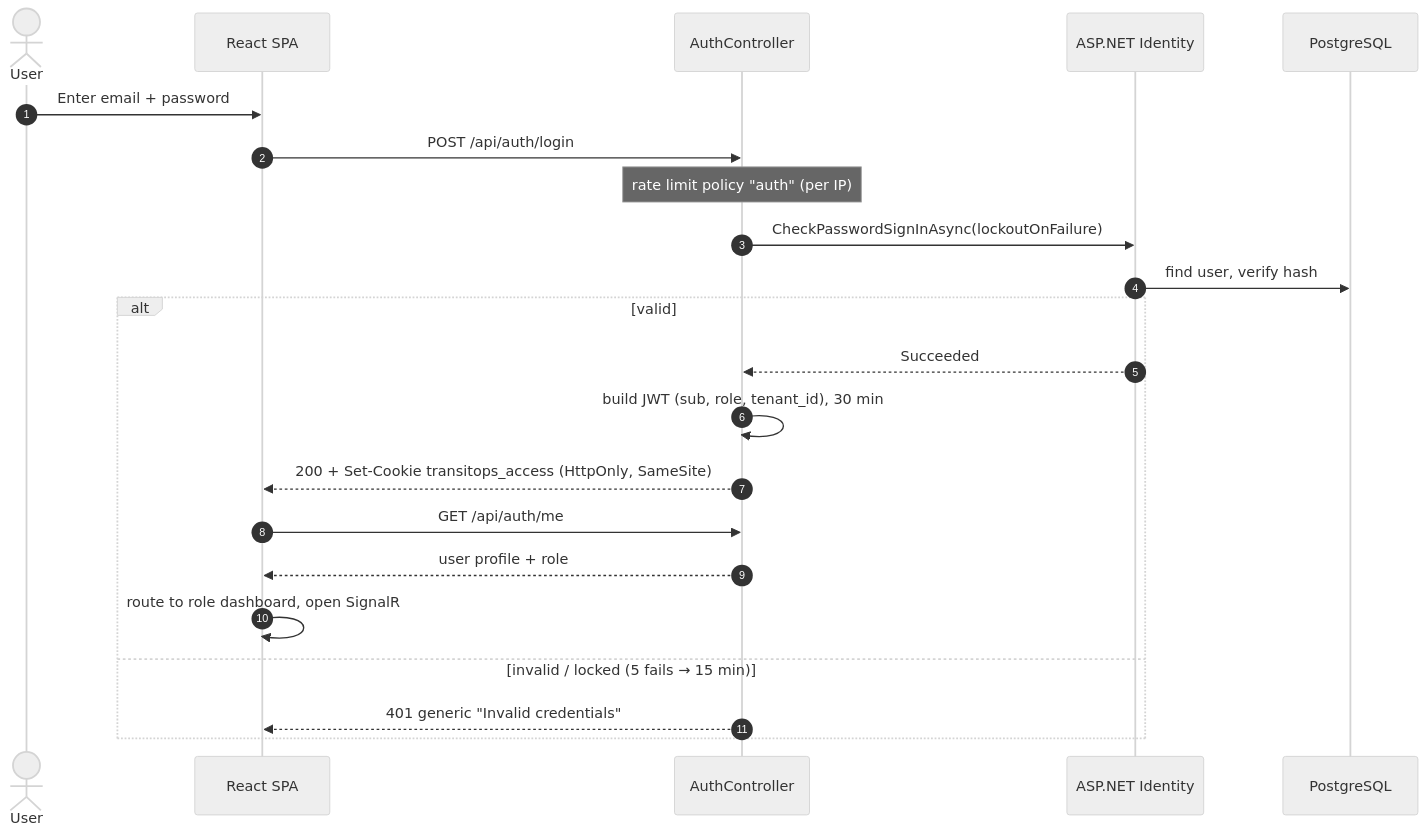
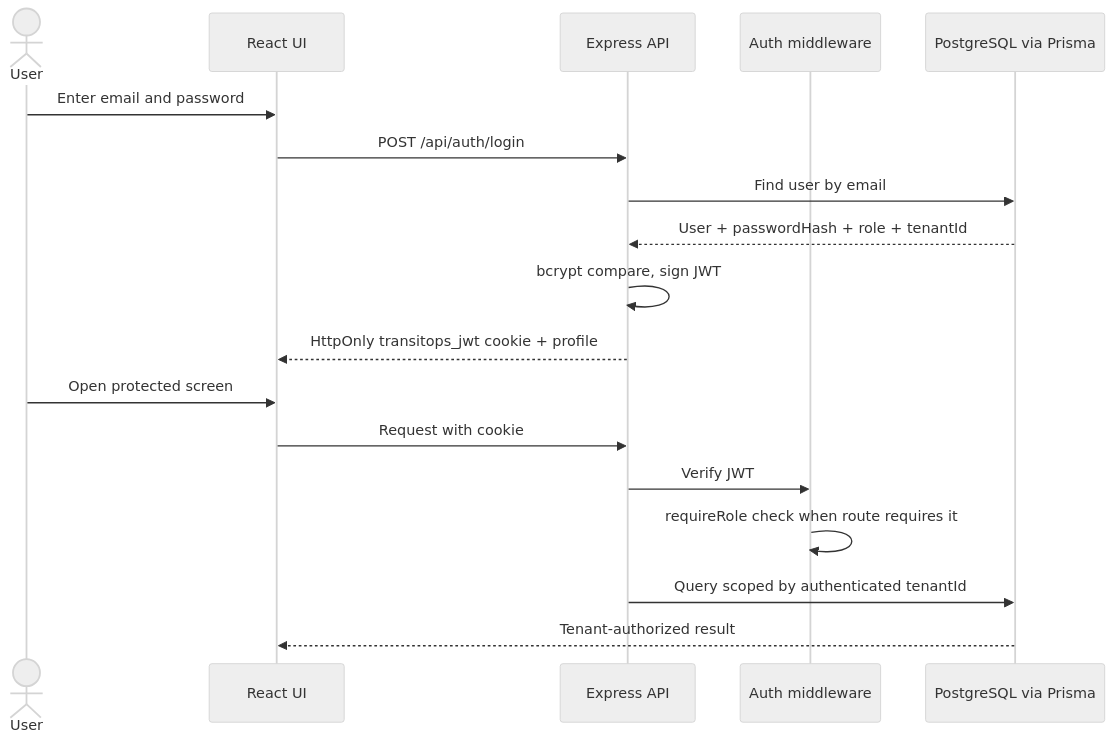
One commit to Bhavika-Giyanani/TransitOps changed the first of 4 diagrams in docs/uml/06-sequence-diagrams.md. Above: the diagram before and after it, drawn with Mermaid (neutral theme). The commit also changed other lines of this file and 48 other files, not shown here.

````diff
--- a/docs/uml/06-sequence-diagrams.md
+++ b/docs/uml/06-sequence-diagrams.md
@@ -5,25 +8,20 @@
 ```mermaid
 sequenceDiagram
-    autonumber
-    actor U as User
-    participant FE as React SPA
-    participant API as AuthController
-    participant ID as ASP.NET Identity
-    participant DB as PostgreSQL
-
-    U->>FE: Enter email + password
-    FE->>API: POST /api/auth/login
-    Note over API: rate limit policy "auth" (per IP)
-    API->>ID: CheckPasswordSignInAsync(lockoutOnFailure)
-    ID->>DB: find user, verify hash
-    alt valid
-        ID-->>API: Succeeded
-        API->>API: build JWT (sub, role, tenant_id), 30 min
-        API-->>FE: 200 + Set-Cookie transitops_access (HttpOnly, SameSite)
-        FE->>API: GET /api/auth/me
-        API-->>FE: user profile + role
-        FE->>FE: route to role dashboard, open SignalR
-    else invalid / locked (5 fails → 15 min)
-        API-->>FE: 401 generic "Invalid credentials"
-    end
+  actor User
+  participant UI as React UI
+  participant API as Express API
+  participant Auth as Auth middleware
+  participant DB as PostgreSQL via Prisma
+  User->>UI: Enter email and password
+  UI->>API: POST /api/auth/login
+  API->>DB: Find user by email
+  DB-->>API: User + passwordHash + role + tenantId
+  API->>API: bcrypt compare, sign JWT
+  API-->>UI: HttpOnly transitops_jwt cookie + profile
+  User->>UI: Open protected screen
+  UI->>API: Request with cookie
+  API->>Auth: Verify JWT
+  Auth->>Auth: requireRole check when route requires it
+  API->>DB: Query scoped by authenticated tenantId
+  DB-->>UI: Tenant-authorized result
 ```
````
